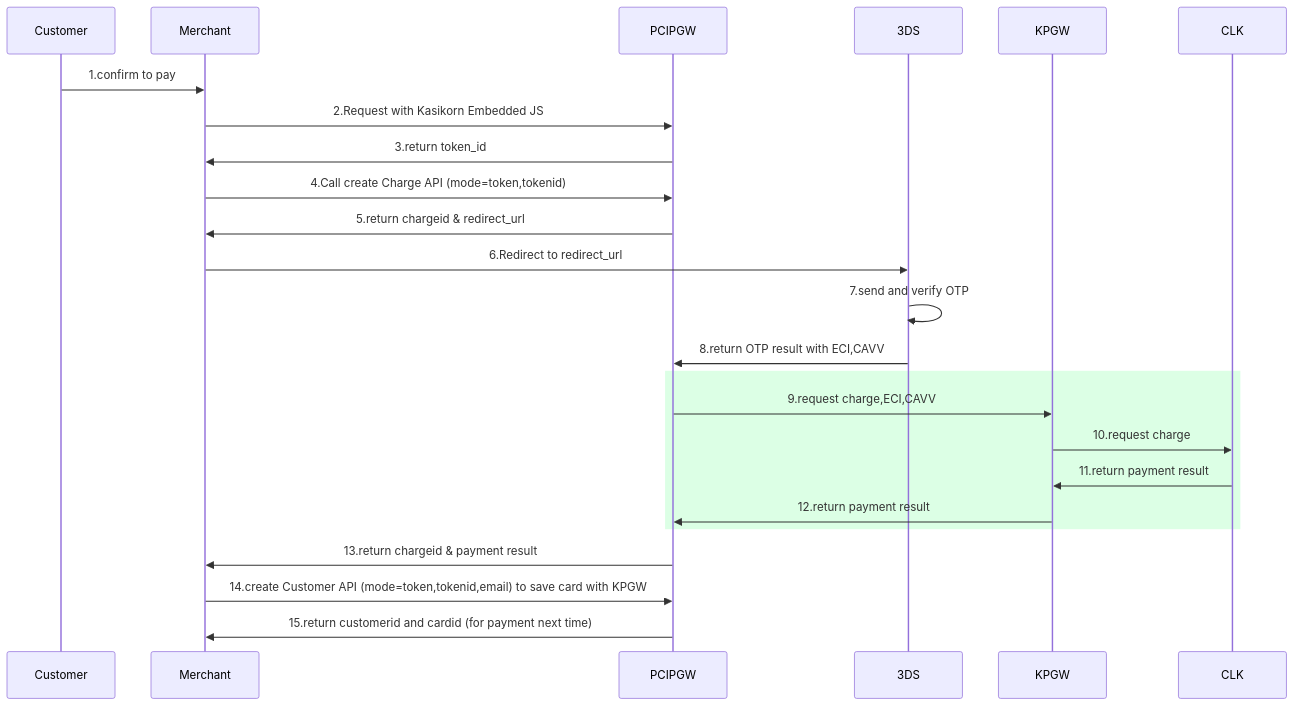
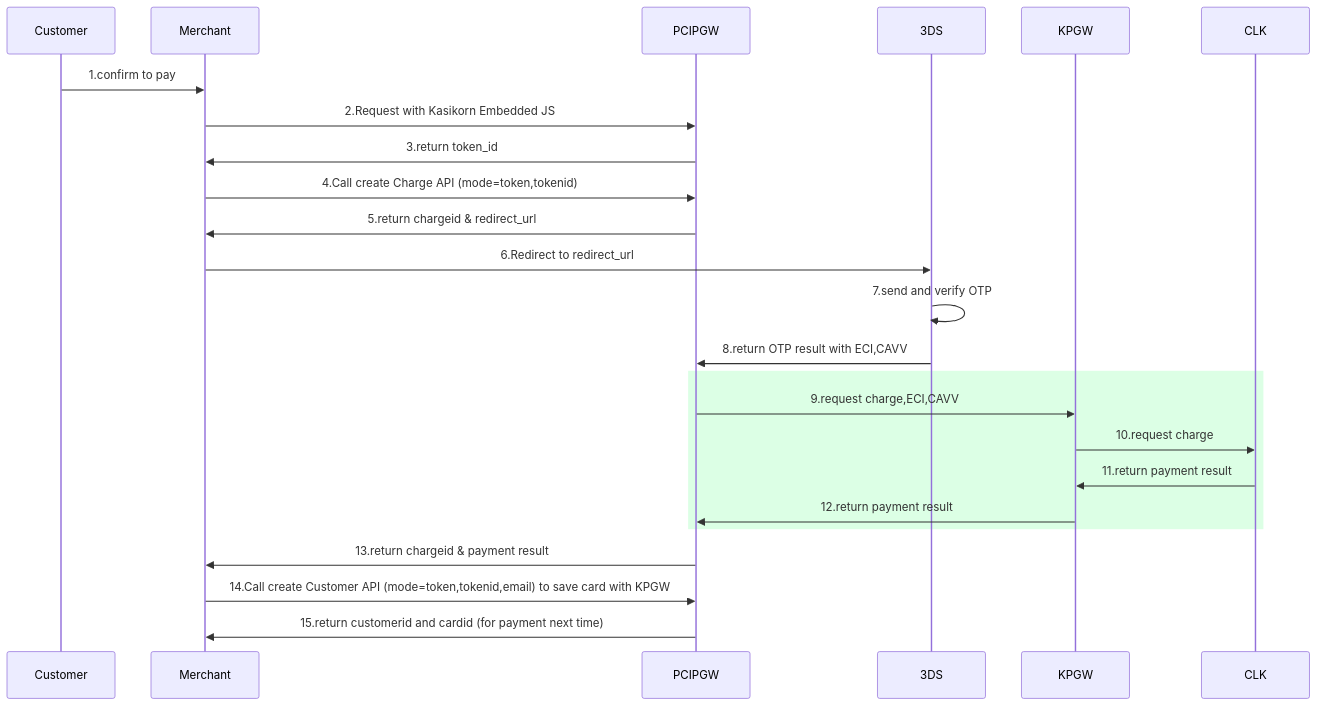
The first of 6 diagrams in Cybs-Ph2-Flow1.md (yuusuke25/MyNotes), drawn with Mermaid before and after one commit. The commit also changed other lines of this file, not shown here.

````diff
--- a/Cybs-Ph2-Flow1.md
+++ b/Cybs-Ph2-Flow1.md
@@ -2,27 +2,27 @@
 ```mermaid
     sequenceDiagram
         Customer->>Merchant:1.confirm to pay
         Merchant->>PCIPGW:2.Request with Kasikorn Embedded JS
         PCIPGW->>Merchant:3.return token_id
         
         Merchant->>PCIPGW:4.Call create Charge API (mode=token,tokenid)
         PCIPGW->>Merchant:5.return chargeid & redirect_url
         
         
         Merchant->>3DS:6.Redirect to redirect_url
         3DS->>3DS:7.send and verify OTP
         3DS->>PCIPGW:8.return OTP result with ECI,CAVV
         
         rect rgb(220, 255, 229)
             PCIPGW->>KPGW:9.request charge,ECI,CAVV
             KPGW->>CLK:10.request charge
             CLK->>KPGW:11.return payment result
             KPGW->>PCIPGW:12.return payment result
         end
         
         PCIPGW->>Merchant:13.return chargeid & payment result
 
-        Merchant->>PCIPGW:14.create Customer API (mode=token,tokenid,email) to save card with KPGW
+        Merchant->>PCIPGW:14.Call create Customer API (mode=token,tokenid,email) to save card with KPGW
         PCIPGW->>Merchant:15.return customerid and cardid (for payment next time)
 
 ```
````
